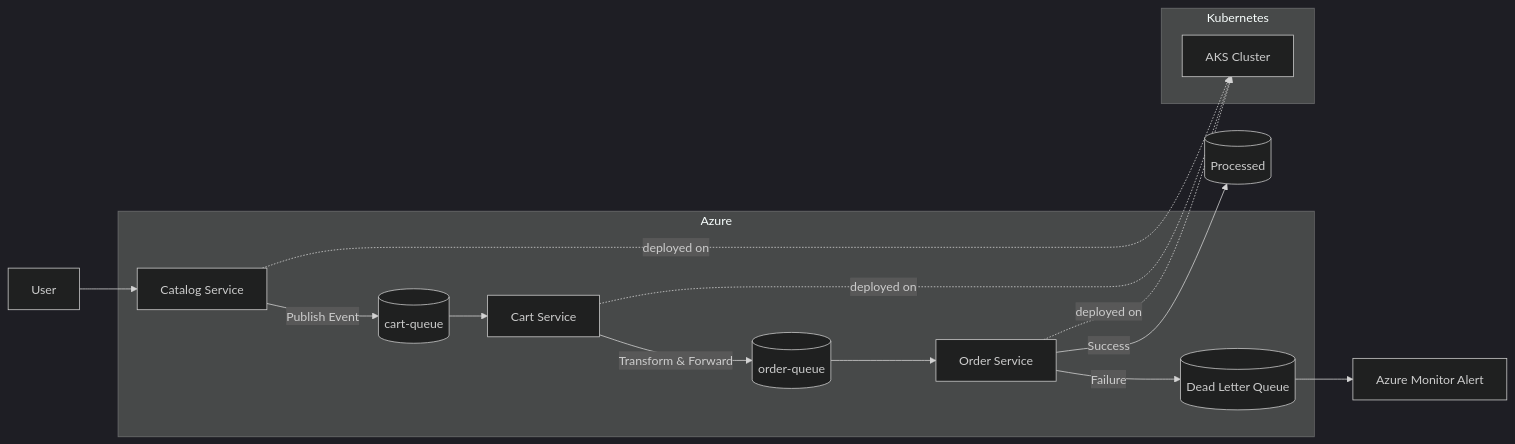
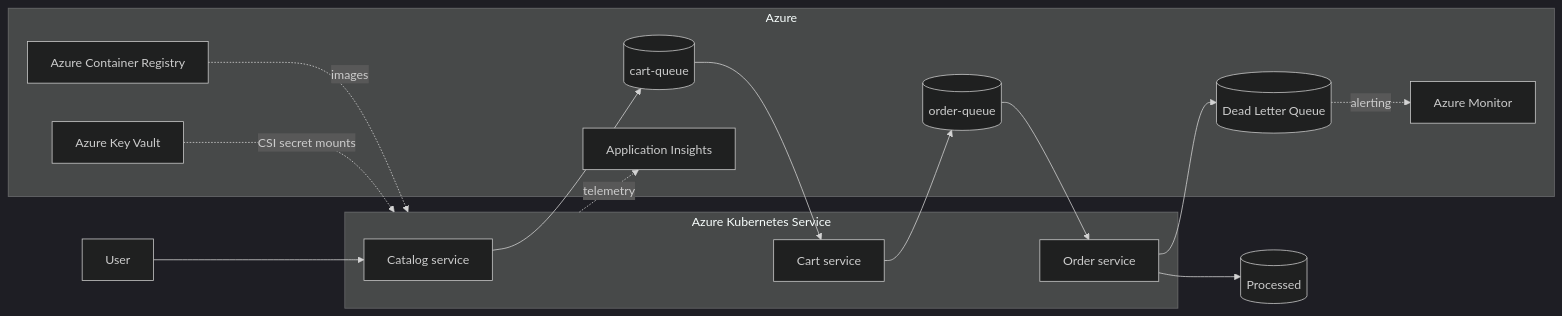
One commit to IbNdah/readit-azure-cloud-architecture changed the diagram in README.md. Above: the diagram before and after it, drawn with Mermaid (dark theme). The commit also changed other lines of this file, not shown here.

````diff
--- a/README.md
+++ b/README.md
@@ -175,36 +9,31 @@
 ```mermaid
 flowchart LR
+    User --> Catalog[Catalog service]
+    Catalog --> CartQueue[(cart-queue)]
+    CartQueue --> Cart[Cart service]
+    Cart --> OrderQueue[(order-queue)]
+    OrderQueue --> Order[Order service]
+    Order --> Processed[(Processed)]
+    Order --> DLQ[(Dead Letter Queue)]
 
-    User[User] --> Catalog[Catalog Service]
-
-    Catalog -->|Publish Event| CartQueue[(cart-queue)]
-
-    CartQueue --> Cart[Cart Service]
-
-    Cart -->|Transform & Forward| OrderQueue[(order-queue)]
-
-    OrderQueue --> Order[Order Service]
-
-    Order -->|Success| Success[(Processed)]
-
-    Order -->|Failure| DLQ[(Dead Letter Queue)]
-
-    DLQ --> Alert[Azure Monitor Alert]
-
-    subgraph Azure
+    subgraph AKS[Azure Kubernetes Service]
         Catalog
         Cart
         Order
+    end
+
+    subgraph Azure
         CartQueue
         OrderQueue
         DLQ
+        ACR[Azure Container Registry]
+        KV[Azure Key Vault]
+        AI[Application Insights]
+        Monitor[Azure Monitor]
     end
 
-    subgraph Kubernetes
-        AKS[AKS Cluster]
-    end
-
-    Catalog -. deployed on .-> AKS
-    Cart -. deployed on .-> AKS
-    Order -. deployed on .-> AKS
+    ACR -. images .-> AKS
+    KV -. CSI secret mounts .-> AKS
+    AKS -. telemetry .-> AI
+    DLQ -. alerting .-> Monitor
 ```
````
